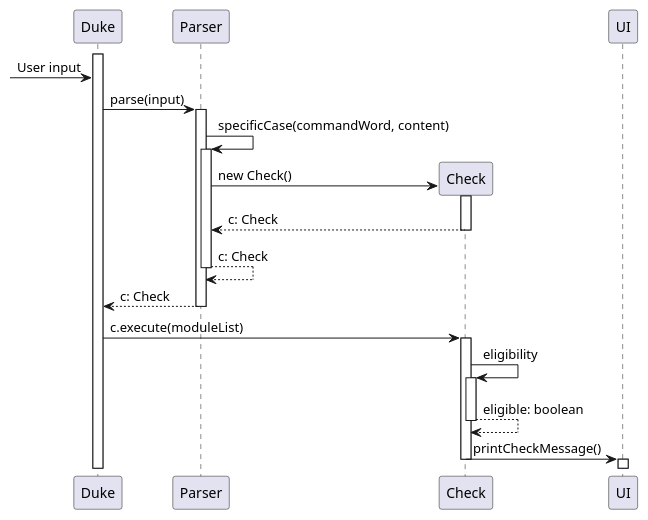
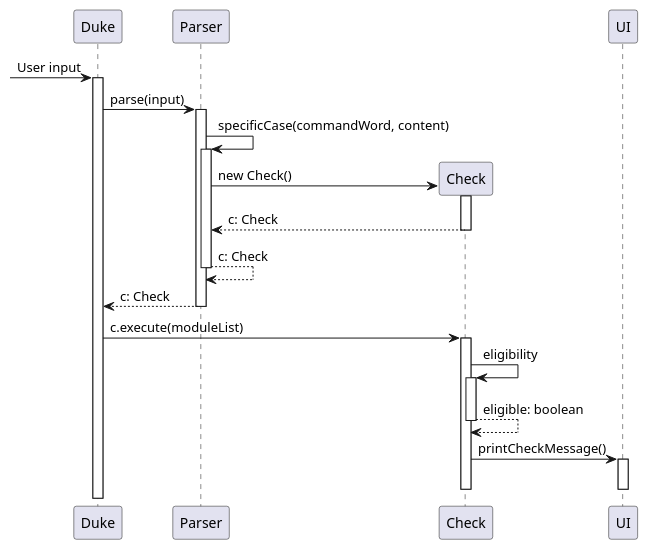
The diagram in docs/diagrams/CheckUML.puml (nus-cs2113-AY2223S1/tp), drawn with PlantUML before and after one commit. The commit also changed other lines of this file and 21 other files, not shown here.

Commit message:
Updates to all sequence diagrams of DG

```diff
--- a/docs/diagrams/CheckUML.puml
+++ b/docs/diagrams/CheckUML.puml
@@ -4,25 +4,25 @@
 @startuml
+[-> Duke: User input
 activate Duke
-[-> Duke: User input
 Duke -> Parser: parse(input)
 activate Parser
 Parser -> Parser: specificCase(commandWord, content)
 activate Parser
 create Check
 Parser -> Check: new Check()
 activate Check
 return c: Check
 return c: Check
 return c: Check
 deactivate Parser
 Duke -> Check: c.execute(moduleList)
 activate Check
 Check -> Check: eligibility
 activate Check
 return eligible: boolean
 Check -> UI: printCheckMessage()
-deactivate Check
 activate UI
 deactivate UI
+deactivate Check
 
 @enduml
```
